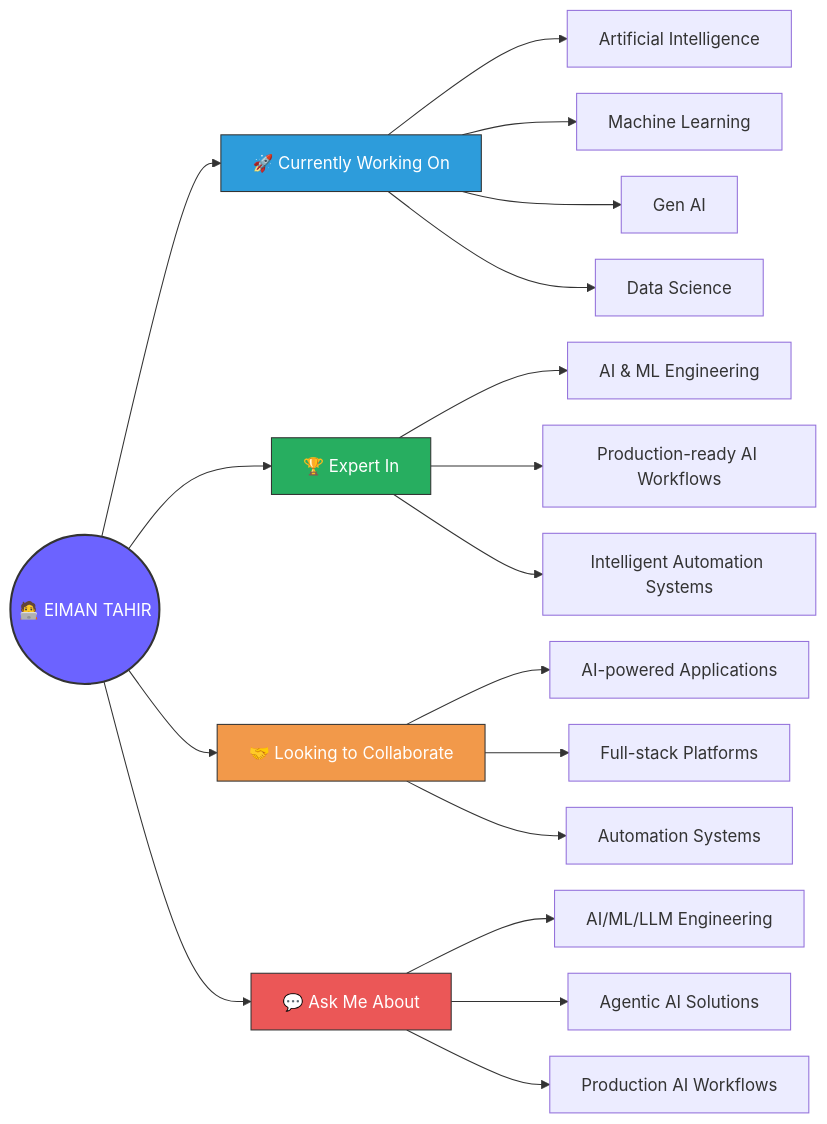
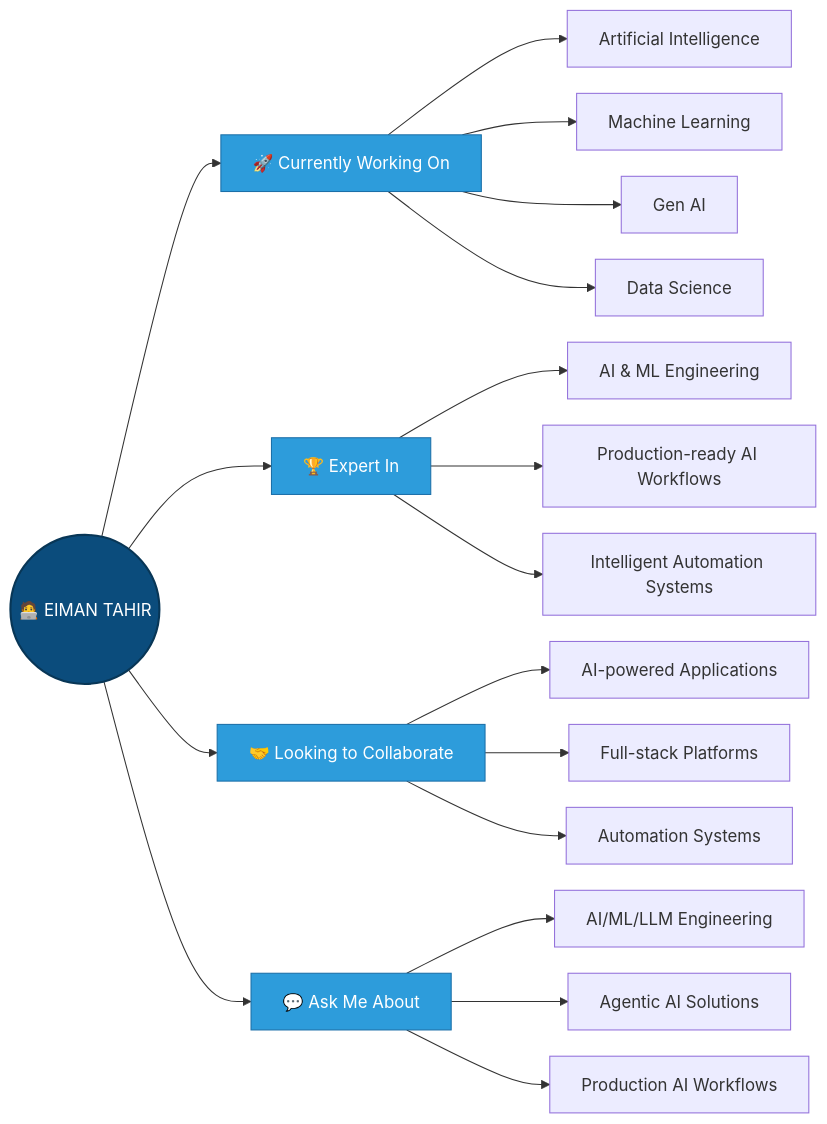
One commit to EimanTahir027/EimanTahir027 changed the diagram in README.md. Above: the diagram before and after it, drawn with Mermaid. The commit also changed other lines of this file, not shown here.

````diff
--- a/README.md
+++ b/README.md
@@ -37,32 +36,32 @@
 ```mermaid
 %%{init: {"flowchart": {"nodeSpacing": 25, "rankSpacing": 55}}}%%
 flowchart LR
     ME(("🧑‍💻 EIMAN TAHIR "))
 
     ME --> CW["🚀 Currently Working On"]
     CW --> CW1[Artificial Intelligence]
     CW --> CW2[Machine Learning]
     CW --> CW3[Gen AI]
     CW --> CW4[Data Science]
 
     ME --> EX["🏆 Expert In"]
     EX --> EX1[AI & ML Engineering]
     EX --> EX2[Production-ready AI Workflows]
     EX --> EX3[Intelligent Automation Systems]
 
     ME --> COL["🤝 Looking to Collaborate"]
     COL --> COL1[AI-powered Applications]
     COL --> COL2[Full-stack Platforms]
     COL --> COL3[Automation Systems]
 
     ME --> ASK["💬 Ask Me About"]
     ASK --> ASK1[AI/ML/LLM Engineering]
     ASK --> ASK2[Agentic AI Solutions]
     ASK --> ASK3[Production AI Workflows]
 
-    style ME fill:#6C63FF,stroke:#333,stroke-width:2px,color:#fff
-    style CW fill:#2D9CDB,stroke:#333,color:#fff
-    style EX fill:#27AE60,stroke:#333,color:#fff
-    style COL fill:#F2994A,stroke:#333,color:#fff
-    style ASK fill:#EB5757,stroke:#333,color:#fff
+    style ME fill:#0B4C7C,stroke:#083656,stroke-width:2px,color:#fff
+    style CW fill:#2D9CDB,stroke:#1B6FA8,color:#fff
+    style EX fill:#2D9CDB,stroke:#1B6FA8,color:#fff
+    style COL fill:#2D9CDB,stroke:#1B6FA8,color:#fff
+    style ASK fill:#2D9CDB,stroke:#1B6FA8,color:#fff
 ```
````
